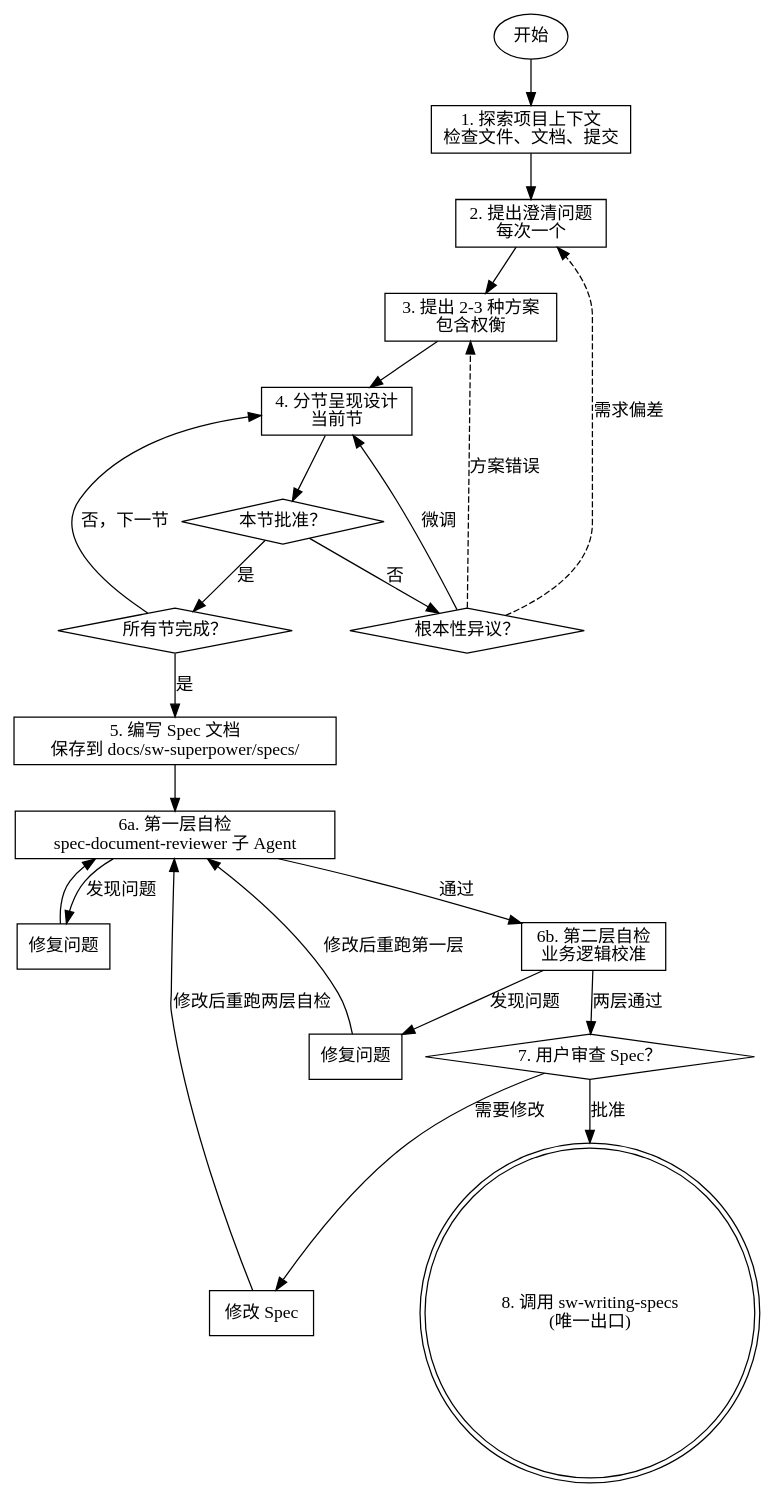
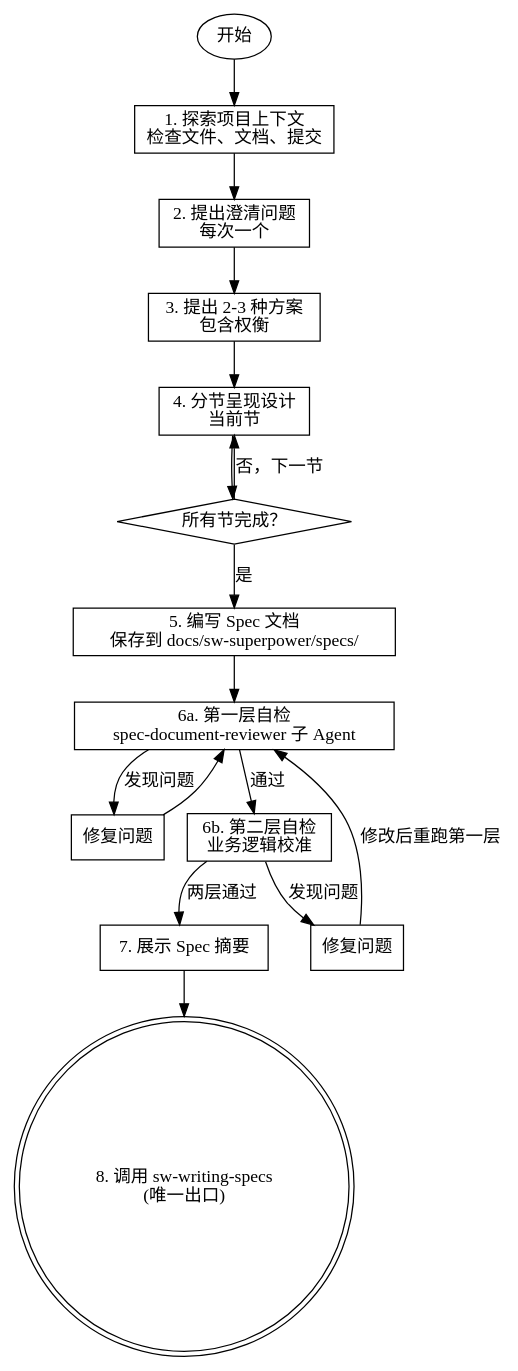
One commit to vaycentsun/sw-superpower changed the diagram in sw-brainstorming/SKILL.md. Above: the diagram before and after it, drawn with Graphviz. The commit also changed other lines of this file and 2 other files, not shown here.

````diff
--- a/sw-brainstorming/SKILL.md
+++ b/sw-brainstorming/SKILL.md
@@ -38,45 +40,35 @@
 ```dot
 digraph brainstorming {
   rankdir=TB;
 
   start [label="开始", shape=ellipse];
   explore [label="1. 探索项目上下文\n检查文件、文档、提交", shape=box];
   questions [label="2. 提出澄清问题\n每次一个", shape=box];
   approaches [label="3. 提出 2-3 种方案\n包含权衡", shape=box];
   present [label="4. 分节呈现设计\n当前节", shape=box];
-  section_approve [label="本节批准？", shape=diamond];
-  backtrack [label="根本性异议？", shape=diamond];
   all_sections_done [label="所有节完成？", shape=diamond];
   write_spec [label="5. 编写 Spec 文档\n保存到 docs/sw-superpower/specs/", shape=box];
   layer1_review [label="6a. 第一层自检\nspec-document-reviewer 子 Agent", shape=box];
   layer1_fix [label="修复问题", shape=box];
   layer2_review [label="6b. 第二层自检\n业务逻辑校准", shape=box];
   layer2_fix [label="修复问题", shape=box];
-  user_review [label="7. 用户审查 Spec？", shape=diamond];
-  user_fix [label="修改 Spec", shape=box];
+  show_summary [label="7. 展示 Spec 摘要", shape=box];
   invoke_writing [label="8. 调用 sw-writing-specs\n(唯一出口)", shape=doublecircle];
 
   start -> explore;
   explore -> questions;
   questions -> approaches;
   approaches -> present;
-  present -> section_approve;
-  section_approve -> backtrack [label="否"];
-  backtrack -> questions [label="需求偏差", style=dashed];
-  backtrack -> approaches [label="方案错误", style=dashed];
-  backtrack -> present [label="微调"];
-  section_approve -> all_sections_done [label="是"];
+  present -> all_sections_done;
   all_sections_done -> present [label="否，下一节"];
   all_sections_done -> write_spec [label="是"];
   write_spec -> layer1_review;
   layer1_review -> layer1_fix [label="发现问题"];
   layer1_fix -> layer1_review;
   layer1_review -> layer2_review [label="通过"];
   layer2_review -> layer2_fix [label="发现问题"];
   layer2_fix -> layer1_review [label="修改后重跑第一层"];
-  layer2_review -> user_review [label="两层通过"];
-  user_review -> user_fix [label="需要修改"];
-  user_fix -> layer1_review [label="修改后重跑两层自检"];
-  user_review -> invoke_writing [label="批准"];
+  layer2_review -> show_summary [label="两层通过"];
+  show_summary -> invoke_writing;
 }
 ```
````
